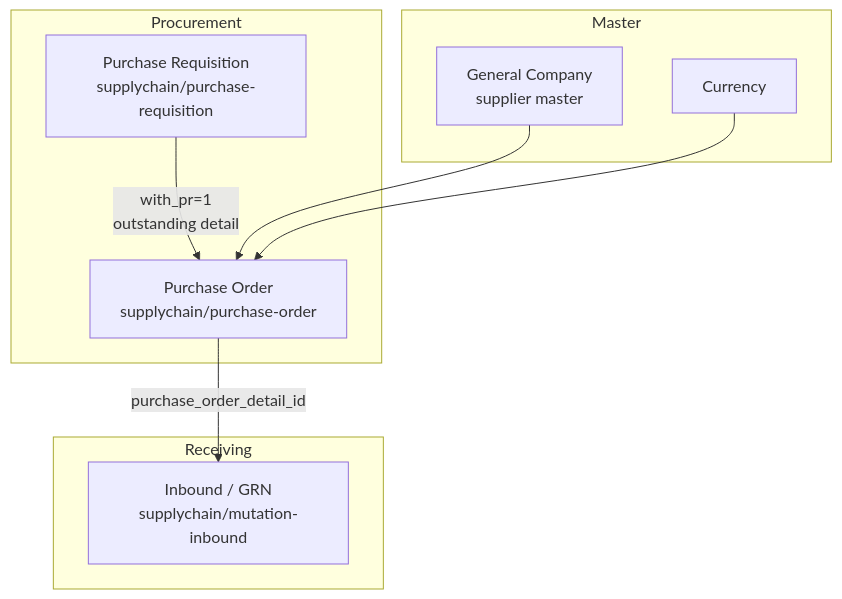
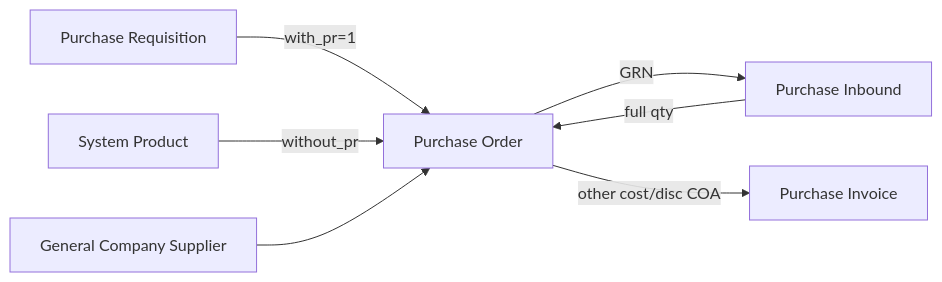
Before and after one commit to yendyr/olshoperp-docs: the third of 3 diagrams in qa-docs/supplychain-purchase-order/requirement.md, drawn with Mermaid. The commit also changed other lines of this file and 84 other files, not shown here.

````diff
--- a/qa-docs/supplychain-purchase-order/requirement.md
+++ b/qa-docs/supplychain-purchase-order/requirement.md
@@ -199,19 +562,9 @@
 ```mermaid
-flowchart TB
-    subgraph Procurement
-        PR["Purchase Requisition\nsupplychain/purchase-requisition"]
-        PO["Purchase Order\nsupplychain/purchase-order"]
-    end
-    subgraph Receiving
-        INB["Inbound / GRN\nsupplychain/mutation-inbound"]
-    end
-    subgraph Master
-        GC["General Company\nsupplier master"]
-        CUR["Currency"]
-    end
-
-    PR -->|"with_pr=1\noutstanding detail"| PO
-    GC --> PO
-    CUR --> PO
-    PO -->|"purchase_order_detail_id"| INB
+flowchart LR
+    PR[Purchase Requisition] -->|with_pr=1| PO[Purchase Order]
+    SP[System Product] -->|without_pr| PO
+    GC[General Company Supplier] --> PO
+    PO -->|GRN| INB[Purchase Inbound]
+    INB -->|full qty| PO
+    PO -->|other cost/disc COA| PI[Purchase Invoice]
 ```
````
